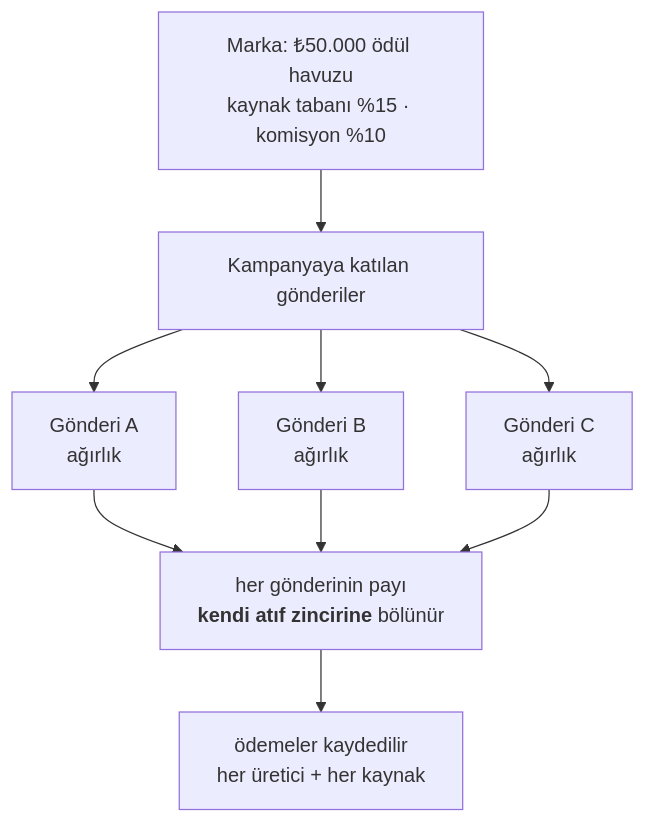
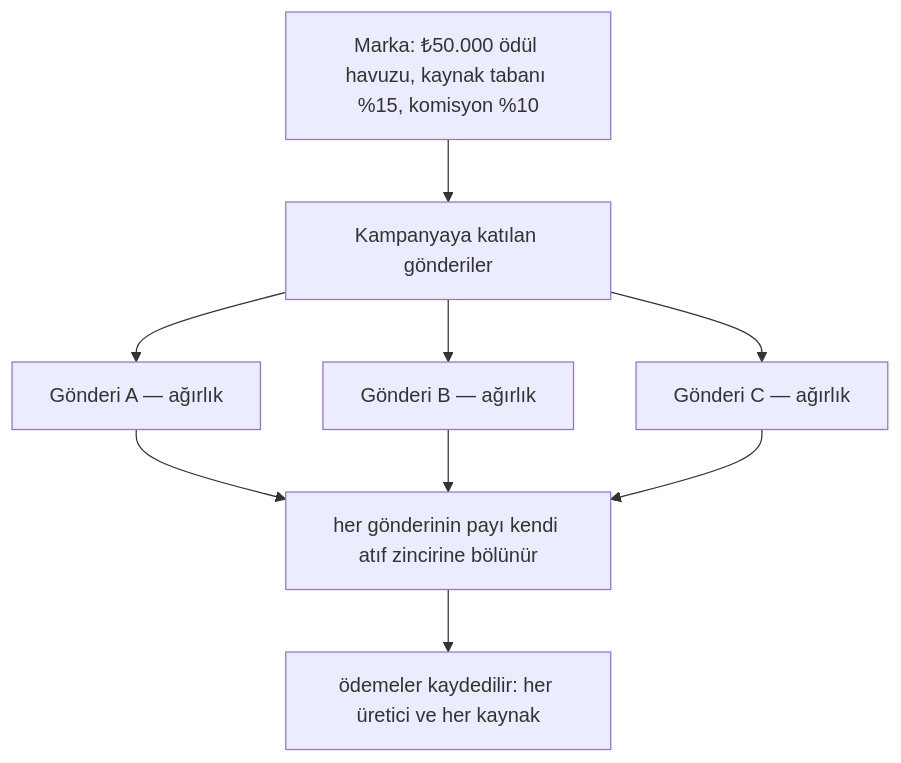
Before and after one commit to hamzabdk36-cyber/N-Emek: the fifth of 6 diagrams in docs/KULLANICI-AKISLARI.md, drawn with Mermaid. The commit also changed other lines of this file, not shown here.

````diff
--- a/docs/KULLANICI-AKISLARI.md
+++ b/docs/KULLANICI-AKISLARI.md
@@ -202,11 +202,11 @@
 ```mermaid
 flowchart TD
-    M["Marka: ₺50.000 ödül havuzu<br/>kaynak tabanı %15 · komisyon %10"] --> K["Kampanyaya katılan gönderiler"]
-    K --> A1["Gönderi A<br/>ağırlık"]
-    K --> A2["Gönderi B<br/>ağırlık"]
-    K --> A3["Gönderi C<br/>ağırlık"]
-    A1 --> Z["her gönderinin payı<br/><b>kendi atıf zincirine</b> bölünür"]
+    M["Marka: ₺50.000 ödül havuzu, kaynak tabanı %15, komisyon %10"] --> K["Kampanyaya katılan gönderiler"]
+    K --> A1["Gönderi A — ağırlık"]
+    K --> A2["Gönderi B — ağırlık"]
+    K --> A3["Gönderi C — ağırlık"]
+    A1 --> Z["her gönderinin payı kendi atıf zincirine bölünür"]
     A2 --> Z
     A3 --> Z
-    Z --> O["ödemeler kaydedilir<br/>her üretici + her kaynak"]
+    Z --> O["ödemeler kaydedilir: her üretici ve her kaynak"]
 ```
````
